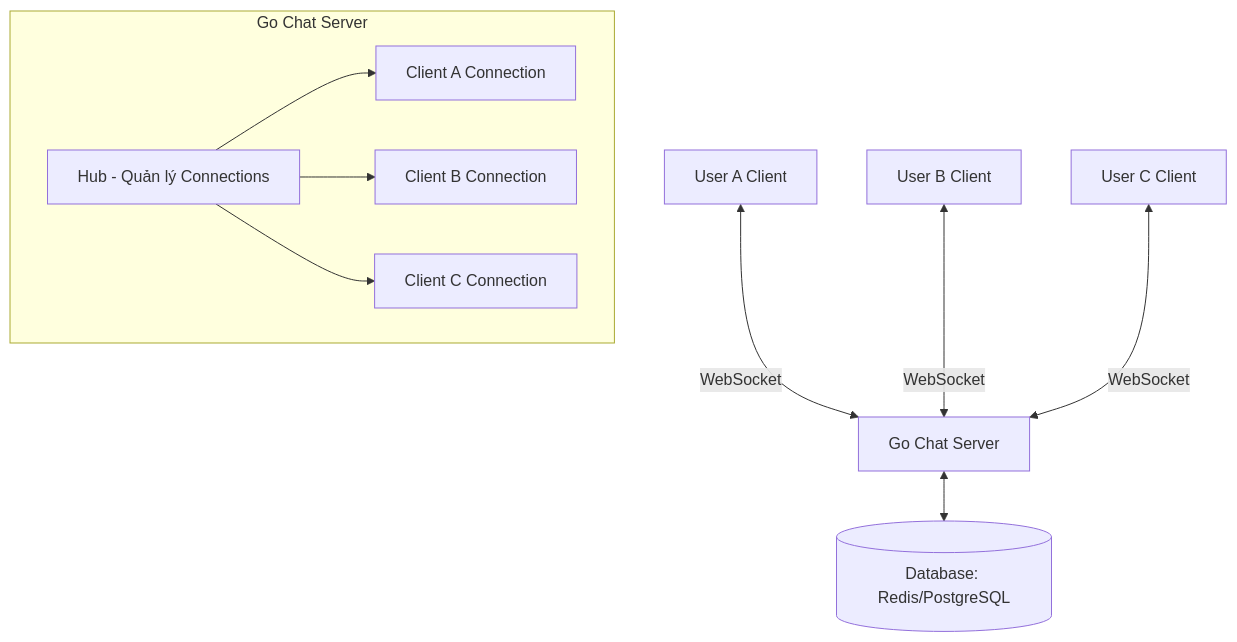
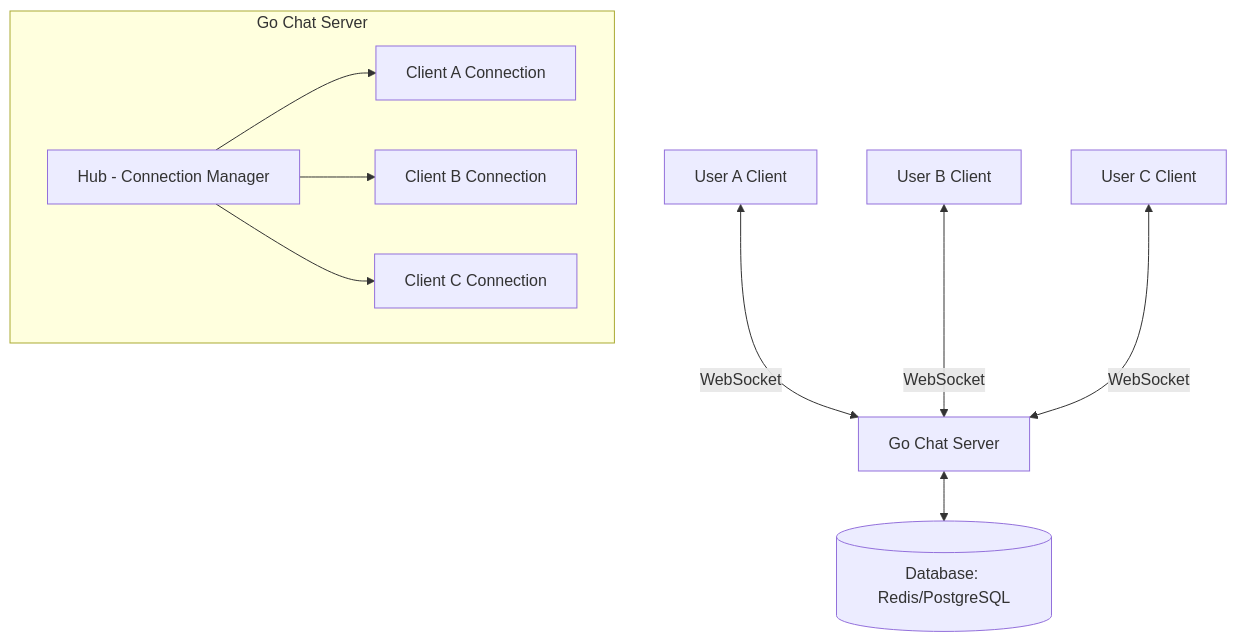
Before and after one commit to HarryDo29/go-app: the first of 6 diagrams in scripts/chat_app_system_design.md, drawn with Mermaid. The commit also changed other lines of this file and 3 other files, not shown here.

````diff
--- a/scripts/chat_app_system_design.md
+++ b/scripts/chat_app_system_design.md
@@ -9,19 +9,19 @@
 ```mermaid
 graph TD
     Client1[User A Client] <-->|WebSocket| Server[Go Chat Server]
     Client2[User B Client] <-->|WebSocket| Server
     Client3[User C Client] <-->|WebSocket| Server
 
     subgraph Go Chat Server
-        Hub[Hub - Quản lý Connections]
+        Hub[Hub - Connection Manager]
         ClientConn1[Client A Connection]
         ClientConn2[Client B Connection]
         ClientConn3[Client C Connection]
 
         Hub --> ClientConn1
         Hub --> ClientConn2
         Hub --> ClientConn3
     end
 
     Server <--> Database[(Database: Redis/PostgreSQL)]
 ```
````
